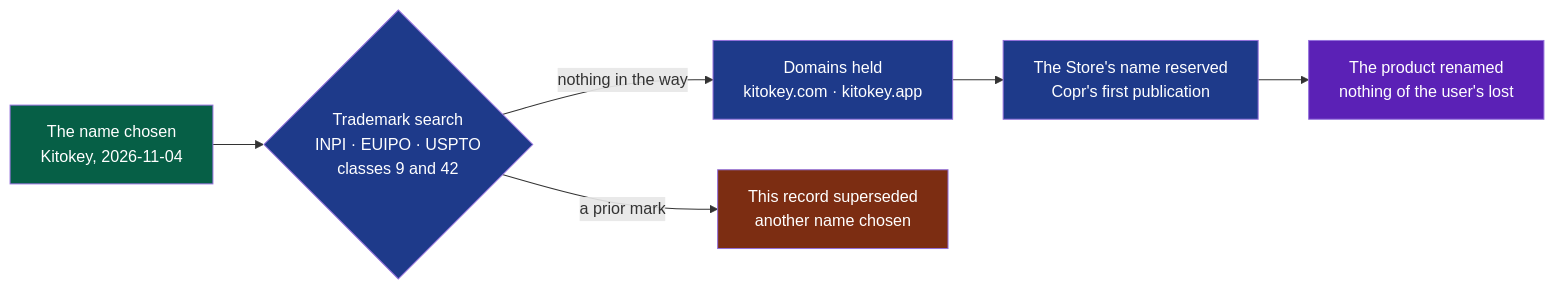
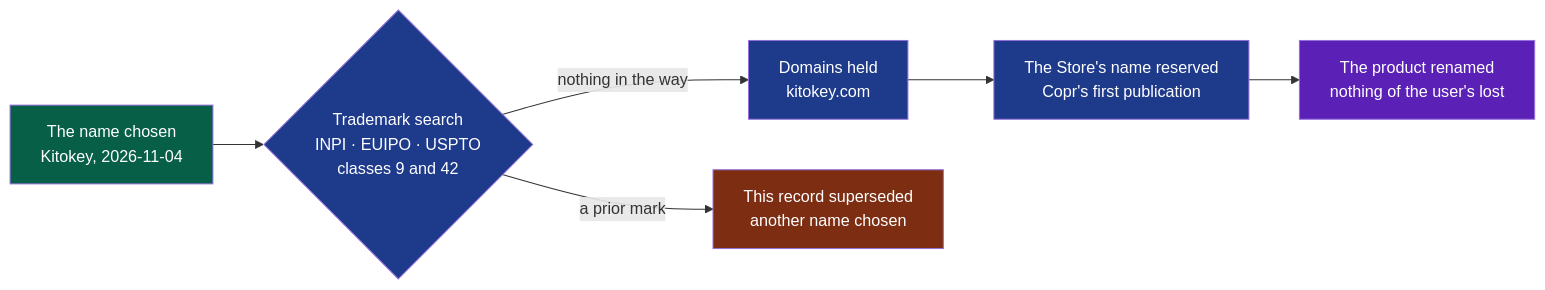
One commit to NapkinStack/kitokey changed the diagram in docs/pdr/0006-the-product-is-named-kitokey.md. Above: the diagram before and after it, drawn with Mermaid. The commit also changed other lines of this file, not shown here.

First line of the commit message:
PDR-0006: kitokey.com alone, bought 2026-11-07

````diff
--- a/docs/pdr/0006-the-product-is-named-kitokey.md
+++ b/docs/pdr/0006-the-product-is-named-kitokey.md
@@ -21,12 +21,12 @@
 ```mermaid
 flowchart LR
     D["The name chosen<br/>Kitokey, 2026-11-04"]:::done --> T{"Trademark search<br/>INPI · EUIPO · USPTO<br/>classes 9 and 42"}:::decider
-    T -->|"nothing in the way"| B["Domains held<br/>kitokey.com · kitokey.app"]:::decider
+    T -->|"nothing in the way"| B["Domains held<br/>kitokey.com"]:::decider
     T -->|"a prior mark"| X["This record superseded<br/>another name chosen"]:::stop
     B --> S["The Store's name reserved<br/>Copr's first publication"]:::decider
     S --> R["The product renamed<br/>nothing of the user's lost"]:::agents
     classDef done fill:#065f46,color:#fff
     classDef decider fill:#1e3a8a,color:#fff
     classDef agents fill:#5b21b6,color:#fff
     classDef stop fill:#7c2d12,color:#fff
 ```
````
